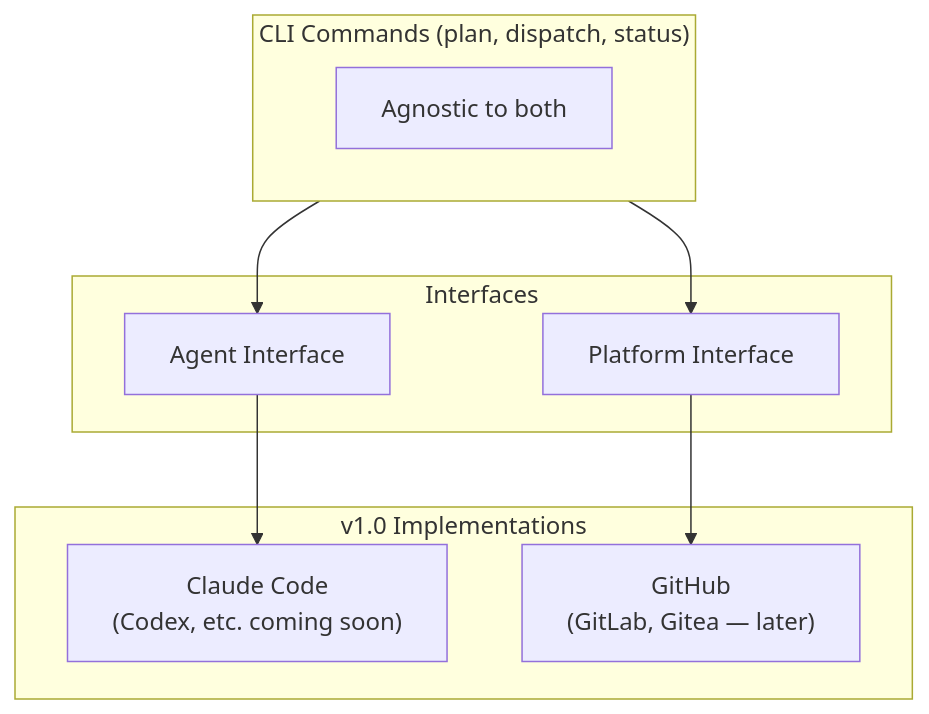
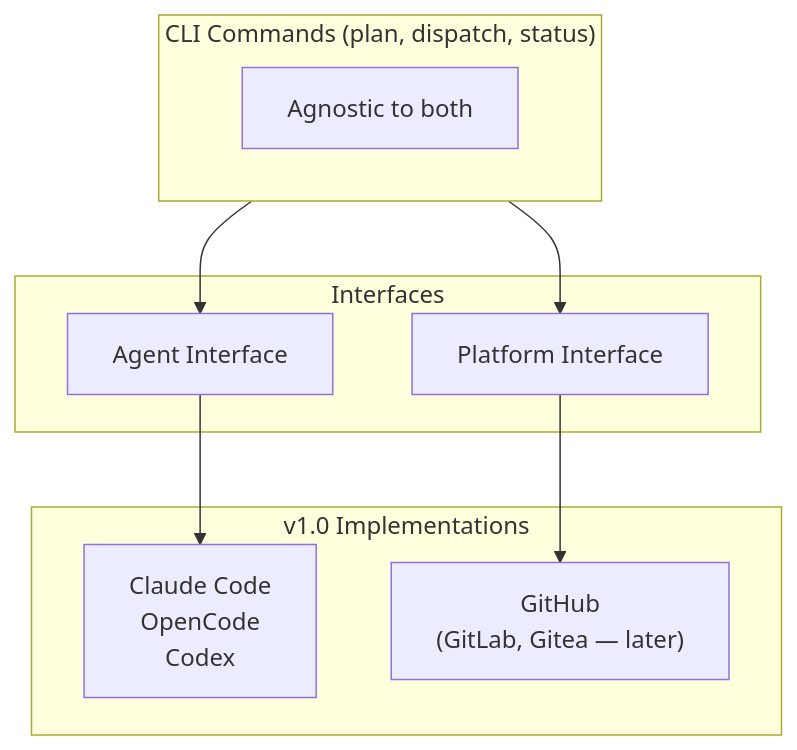
Before and after one commit to Herd-OS/herd: the fifth of 5 diagrams in docs/design/architecture.md, drawn with Mermaid. The commit also changed other lines of this file and 22 other files, not shown here.

````diff
--- a/docs/design/architecture.md
+++ b/docs/design/architecture.md
@@ -149,18 +149,18 @@
 ```mermaid
 graph TD
     subgraph Top["CLI Commands (plan, dispatch, status)"]
         CLI["Agnostic to both"]
     end
     subgraph Middle["Interfaces"]
         AI["Agent Interface"]
         PI["Platform Interface"]
     end
     subgraph Bottom["v1.0 Implementations"]
-        CC["Claude Code<br>(Codex, etc. coming soon)"]
+        CC["Claude Code<br>OpenCode<br>Codex"]
         GH["GitHub<br>(GitLab, Gitea — later)"]
     end
     Top --> AI
     Top --> PI
     AI --> CC
     PI --> GH
 ```
````
